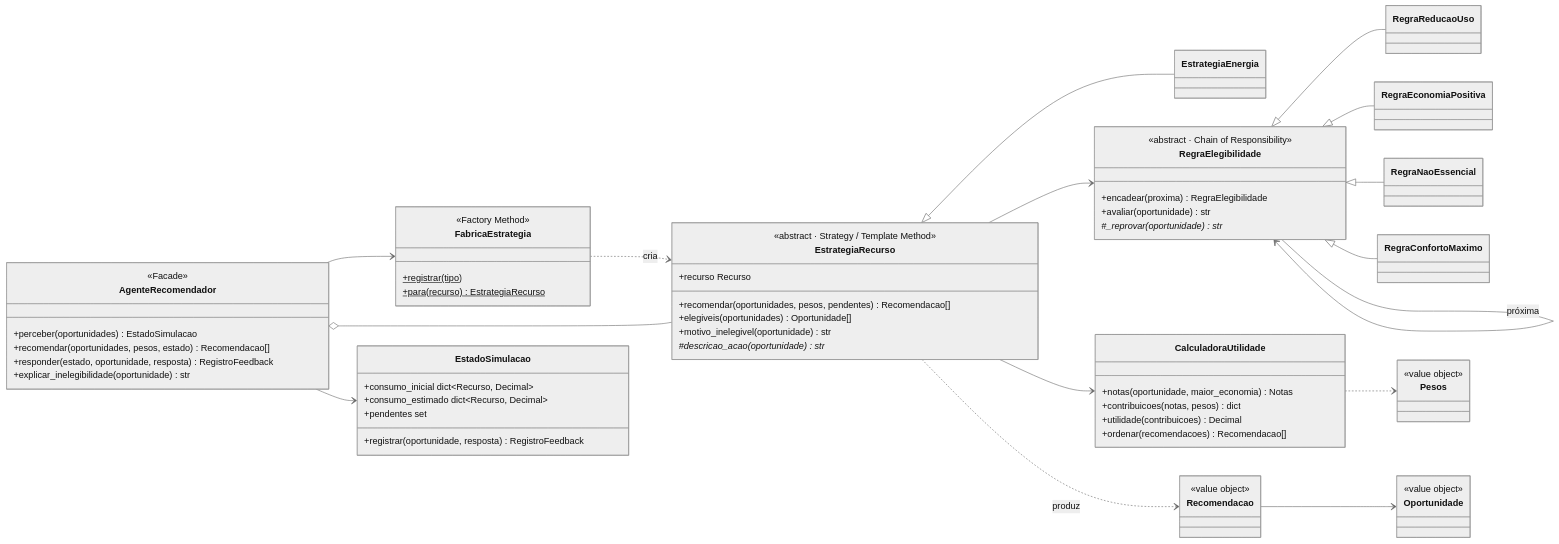
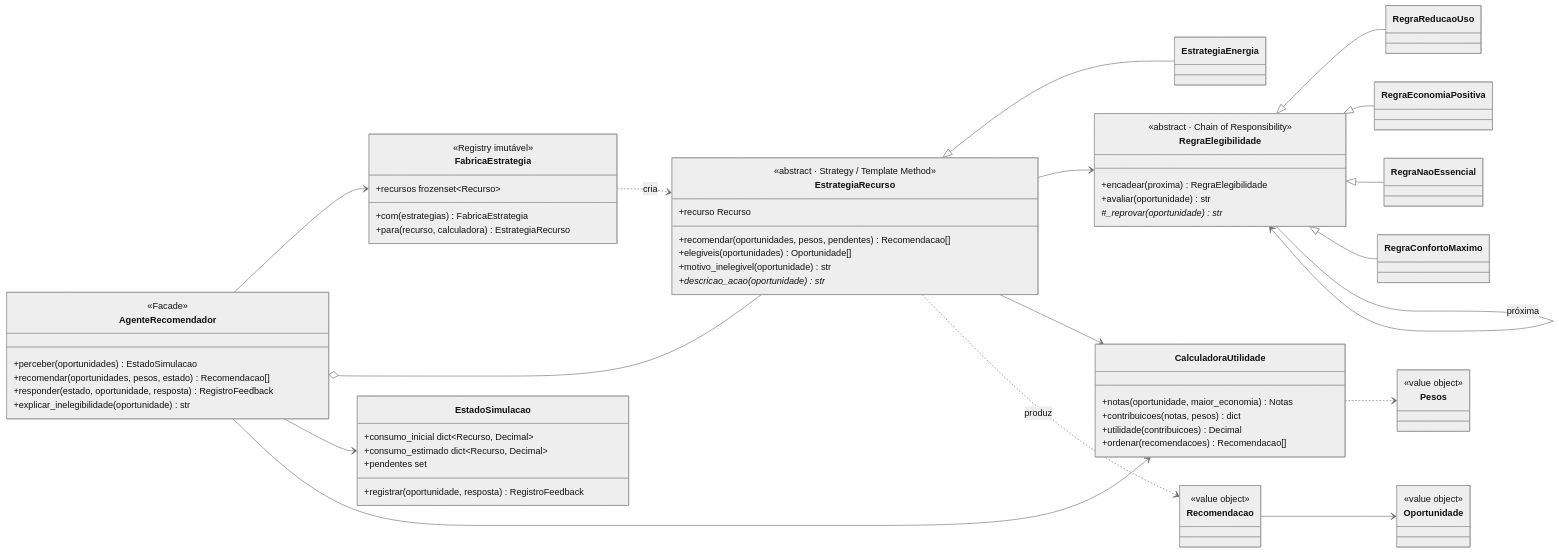
One commit to Joloano/agente-recomendacao-economia changed the third of 3 diagrams in docs/diagramas.md. Above: the diagram before and after it, drawn with Mermaid (neutral theme). The commit also changed 11 other files, not shown here.

Commit message:
fix(agente): aplica a revisão do modo com vários recursos, da fábrica e da regressão

````diff
--- a/docs/diagramas.md
+++ b/docs/diagramas.md
@@ -207,73 +207,75 @@
 ```mermaid
 classDiagram
     direction LR
 
     class AgenteRecomendador {
         <<Facade>>
         +perceber(oportunidades) EstadoSimulacao
         +recomendar(oportunidades, pesos, estado) Recomendacao[]
         +responder(estado, oportunidade, resposta) RegistroFeedback
         +explicar_inelegibilidade(oportunidade) str
     }
     class FabricaEstrategia {
-        <<Factory Method>>
-        +registrar(tipo)$
-        +para(recurso)$ EstrategiaRecurso
+        <<Registry imutável>>
+        +recursos frozenset~Recurso~
+        +com(estrategias) FabricaEstrategia
+        +para(recurso, calculadora) EstrategiaRecurso
     }
     class EstrategiaRecurso {
         <<abstract · Strategy / Template Method>>
         +recurso Recurso
         +recomendar(oportunidades, pesos, pendentes) Recomendacao[]
         +elegiveis(oportunidades) Oportunidade[]
         +motivo_inelegivel(oportunidade) str
-        #descricao_acao(oportunidade)* str
+        +descricao_acao(oportunidade)* str
     }
     class EstrategiaEnergia
     class RegraElegibilidade {
         <<abstract · Chain of Responsibility>>
         +encadear(proxima) RegraElegibilidade
         +avaliar(oportunidade) str
         #_reprovar(oportunidade)* str
     }
     class RegraReducaoUso
     class RegraEconomiaPositiva
     class RegraNaoEssencial
     class RegraConfortoMaximo
     class CalculadoraUtilidade {
         +notas(oportunidade, maior_economia) Notas
         +contribuicoes(notas, pesos) dict
         +utilidade(contribuicoes) Decimal
         +ordenar(recomendacoes) Recomendacao[]
     }
     class EstadoSimulacao {
         +consumo_inicial dict~Recurso, Decimal~
         +consumo_estimado dict~Recurso, Decimal~
         +pendentes set
         +registrar(oportunidade, resposta) RegistroFeedback
     }
     class Oportunidade {
         <<value object>>
     }
     class Pesos {
         <<value object>>
     }
     class Recomendacao {
         <<value object>>
     }
 
     AgenteRecomendador --> FabricaEstrategia
     AgenteRecomendador o-- EstrategiaRecurso
     AgenteRecomendador --> EstadoSimulacao
+    AgenteRecomendador --> CalculadoraUtilidade
     FabricaEstrategia ..> EstrategiaRecurso : cria
     EstrategiaRecurso <|-- EstrategiaEnergia
     EstrategiaRecurso --> RegraElegibilidade
     EstrategiaRecurso --> CalculadoraUtilidade
     RegraElegibilidade <|-- RegraReducaoUso
     RegraElegibilidade <|-- RegraEconomiaPositiva
     RegraElegibilidade <|-- RegraNaoEssencial
     RegraElegibilidade <|-- RegraConfortoMaximo
     RegraElegibilidade --> RegraElegibilidade : próxima
     EstrategiaRecurso ..> Recomendacao : produz
     Recomendacao --> Oportunidade
     CalculadoraUtilidade ..> Pesos
 ```
````
